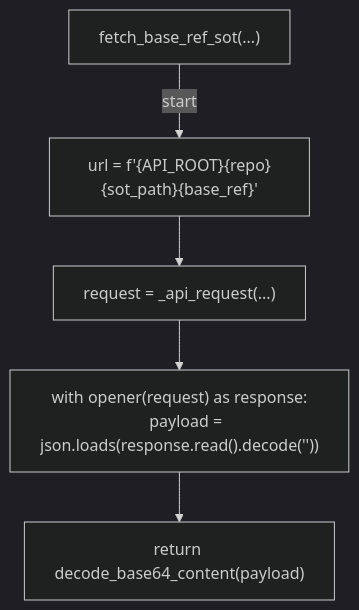
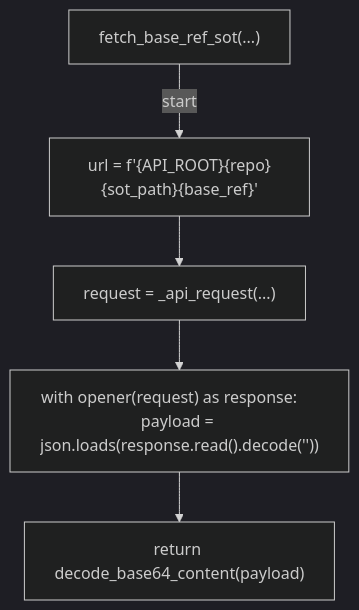
The seventh of 9 diagrams in docs/generated/scripts/ast/verify_ruleset_sync.md (tvna/claude-md), drawn with Mermaid (dark theme) before and after one commit. The commit also changed other lines of this file and 15 other files, not shown here.

First line of the commit message:
docs(generated): regenerate decision tree and workflow diagrams (batch 5/5)

````diff
--- a/docs/generated/scripts/ast/verify_ruleset_sync.md
+++ b/docs/generated/scripts/ast/verify_ruleset_sync.md
@@ -114,13 +107,12 @@
 ```mermaid
 flowchart TD
     N001["fetch_base_ref_sot(...)"]
     N002["url = f'{API_ROOT}<str>{repo}<str>{sot_path}<str>{base_ref}'"]
     N003["request = _api_request(...)"]
-    N004["with opener(request) as response:
-    payload = json.loads(response.read().decode('<str>'))"]
+    N004["with opener(request) as response:     payload = json.loads(response.read().decode('<str>'))"]
     N005["return decode_base64_content(payload)"]
     N001 -->|"start"| N002
     N002 --> N003
     N003 --> N004
     N004 --> N005
 ```
````
